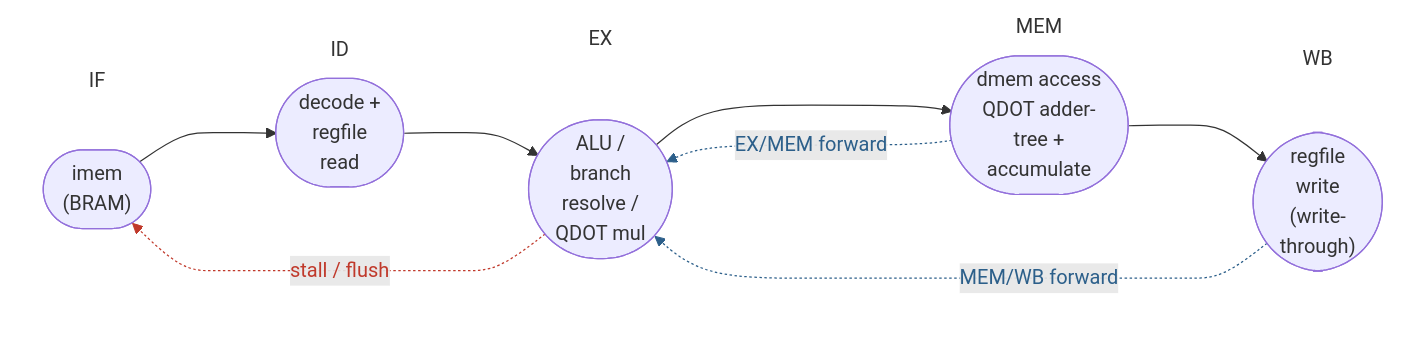
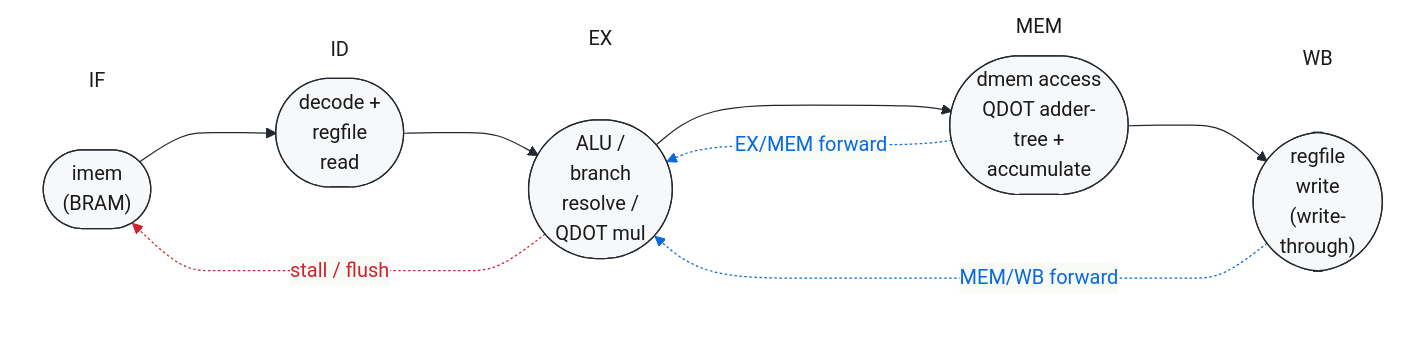
One commit to Sanjayarasu-M/RISC-V changed the diagram in README.md. Above: the diagram before and after it, drawn with Mermaid.

Commit message:
docs: force white background on the architecture diagram
The diagram's canvas was transparent, so on GitHub's dark theme it
rendered on a black background with colors chosen for a light
backdrop -- unreadable. Add a %%{init: ...}%% directive forcing
theme: base with explicit themeVariables (white background, light-gray
node fill, dark charcoal borders/text, GitHub's own blue/red accents
for the forward/stall arrows) so the diagram looks the same regardless
of the viewer's light/dark GitHub theme.

````diff
--- a/README.md
+++ b/README.md
@@ -112,33 +112,34 @@
 ```mermaid
+%%{init: {'theme': 'base', 'themeVariables': {'background': '#ffffff', 'primaryColor': '#f6f8fa', 'primaryBorderColor': '#24292f', 'primaryTextColor': '#1a1a1a', 'textColor': '#1a1a1a', 'titleColor': '#1a1a1a', 'lineColor': '#24292f', 'fontFamily': 'Helvetica, Arial, sans-serif'}}}%%
 flowchart LR
     subgraph IF [IF]
         n1(["imem<br/>(BRAM)"])
     end
     subgraph ID [ID]
         n2(["decode +<br/>regfile<br/>read"])
     end
     subgraph EX [EX]
         n3(["ALU /<br/>branch<br/>resolve /<br/>QDOT mul"])
     end
     subgraph MEM [MEM]
         n4(["dmem access<br/>QDOT adder-<br/>tree +<br/>accumulate"])
     end
     subgraph WB [WB]
         n5(["regfile<br/>write<br/>(write-<br/>through)"])
     end
 
     n1 --> n2 --> n3 --> n4 --> n5
     n4 -. "EX/MEM forward" .-> n3
     n5 -. "MEM/WB forward" .-> n3
     n3 -. "stall / flush" .-> n1
 
     style IF fill:none,stroke:none
     style ID fill:none,stroke:none
     style EX fill:none,stroke:none
     style MEM fill:none,stroke:none
     style WB fill:none,stroke:none
 
-    linkStyle 4 stroke:#2c5f8a,color:#2c5f8a
-    linkStyle 5 stroke:#2c5f8a,color:#2c5f8a
-    linkStyle 6 stroke:#c0392b,color:#c0392b
+    linkStyle 4 stroke:#0969da,color:#0969da
+    linkStyle 5 stroke:#0969da,color:#0969da
+    linkStyle 6 stroke:#cf222e,color:#cf222e
 ```
````
